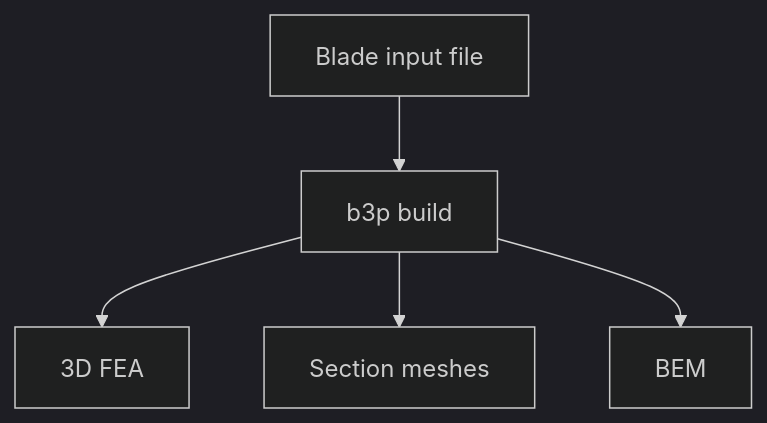
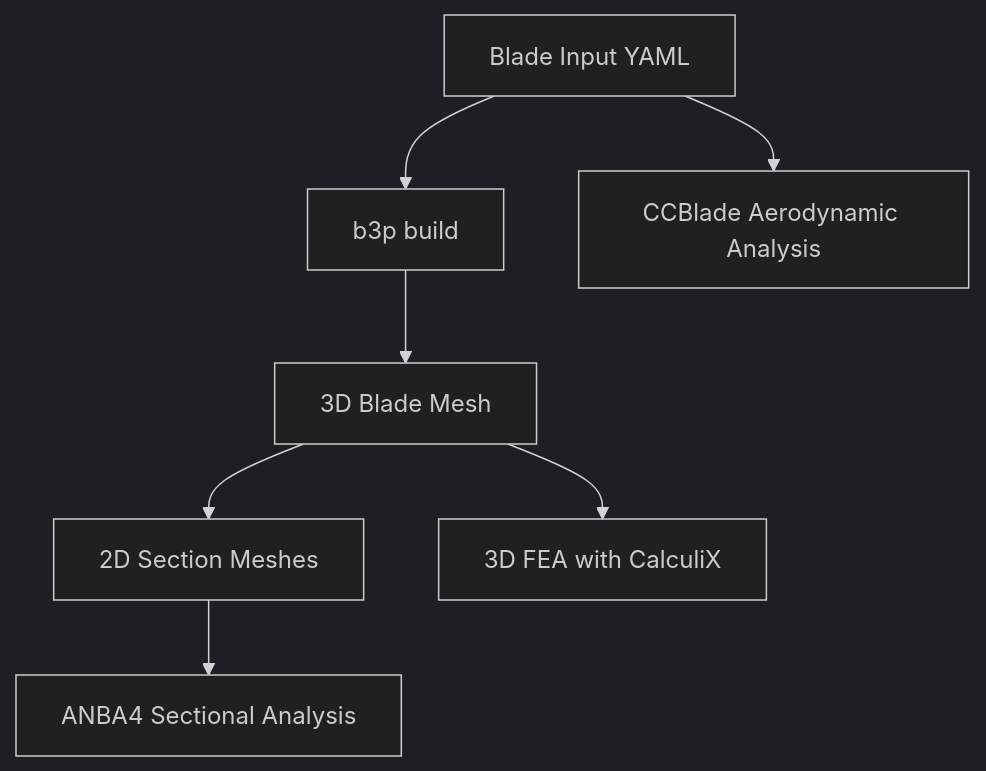
Before and after one commit to wr1/b3p: the diagram in docs/index.md, drawn with Mermaid (dark theme). The commit also changed other lines of this file and 8 other files, not shown here.

````diff
--- a/docs/index.md
+++ b/docs/index.md
@@ -5,7 +17,9 @@
-``` mermaid 
+```mermaid
 graph TD
-    A[Blade input file] --> B[b3p build]
-    B --> FEA[3D FEA]
-    B --> 2D[Section meshes]
-    B --> BEM 
+    A[Blade Input YAML] --> B[b3p build]
+    B --> C[3D Blade Mesh]
+    C --> D[2D Section Meshes]
+    C --> E[3D FEA with CalculiX]
+    D --> F[ANBA4 Sectional Analysis]
+    A --> G[CCBlade Aerodynamic Analysis]
 ```
````
